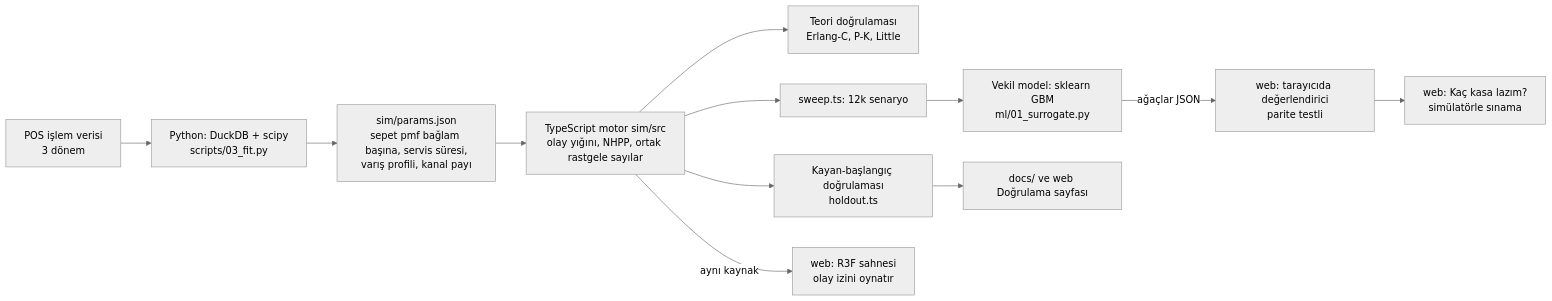
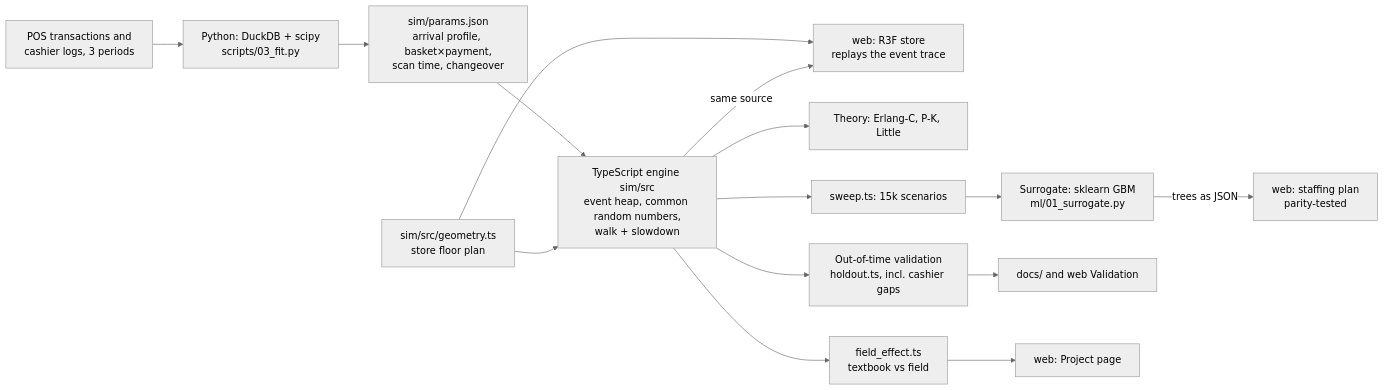
The diagram in README.md (mertkkenarr-dev/market-queue-lab), drawn with Mermaid (neutral theme) before and after one commit. The commit also changed other lines of this file and 120 other files, not shown here.

````diff
--- a/README.md
+++ b/README.md
@@ -6,14 +12,17 @@
 ```mermaid
 flowchart LR
-  A[POS işlem verisi<br/>3 dönem] --> B[Python: DuckDB + scipy<br/>scripts/03_fit.py]
-  B --> C[sim/params.json<br/>sepet pmf bağlam başına, servis süresi,<br/>varış profili, kanal payı]
-  C --> D[TypeScript motor sim/src<br/>olay yığını, NHPP, ortak rastgele sayılar]
-  D --> E[Teori doğrulaması<br/>Erlang-C, P-K, Little]
-  D --> F[Kayan-başlangıç doğrulaması<br/>holdout.ts]
-  D --> I[sweep.ts: 12k senaryo]
-  I --> J[Vekil model: sklearn GBM<br/>ml/01_surrogate.py]
-  J -->|ağaçlar JSON| K[web: tarayıcıda değerlendirici<br/>parite testli]
-  D -->|aynı kaynak| L[web: R3F sahnesi<br/>olay izini oynatır]
-  F --> M[docs/ ve web Doğrulama sayfası]
-  K --> N[web: Kaç kasa lazım?<br/>simülatörle sınama]
+  A[POS transactions and<br/>cashier logs, 3 periods] --> B[Python: DuckDB + scipy<br/>scripts/03_fit.py]
+  B --> C[sim/params.json<br/>arrival profile, basket×payment,<br/>scan time, changeover]
+  C --> D[TypeScript engine sim/src<br/>event heap, common random numbers,<br/>walk + slowdown]
+  G[sim/src/geometry.ts<br/>store floor plan] --> D
+  G --> L
+  D --> E[Theory: Erlang-C, P-K, Little]
+  D --> F[Out-of-time validation<br/>holdout.ts, incl. cashier gaps]
+  D --> I[sweep.ts: 15k scenarios]
+  I --> J[Surrogate: sklearn GBM<br/>ml/01_surrogate.py]
+  J -->|trees as JSON| K[web: staffing plan<br/>parity-tested]
+  D -->|same source| L[web: R3F store<br/>replays the event trace]
+  F --> M[docs/ and web Validation]
+  D --> N[field_effect.ts<br/>textbook vs field]
+  N --> O[web: Project page]
 ```
````
